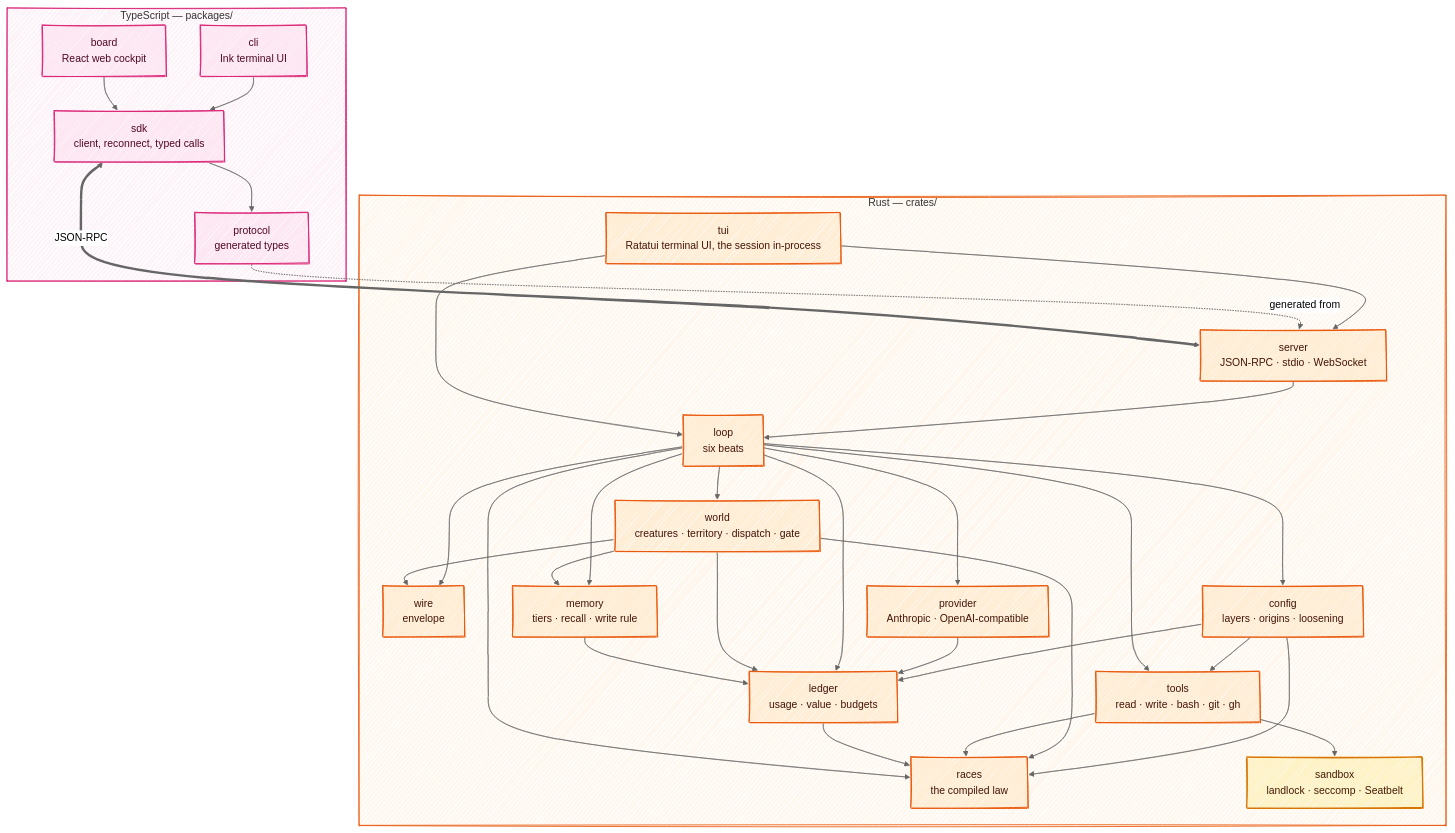
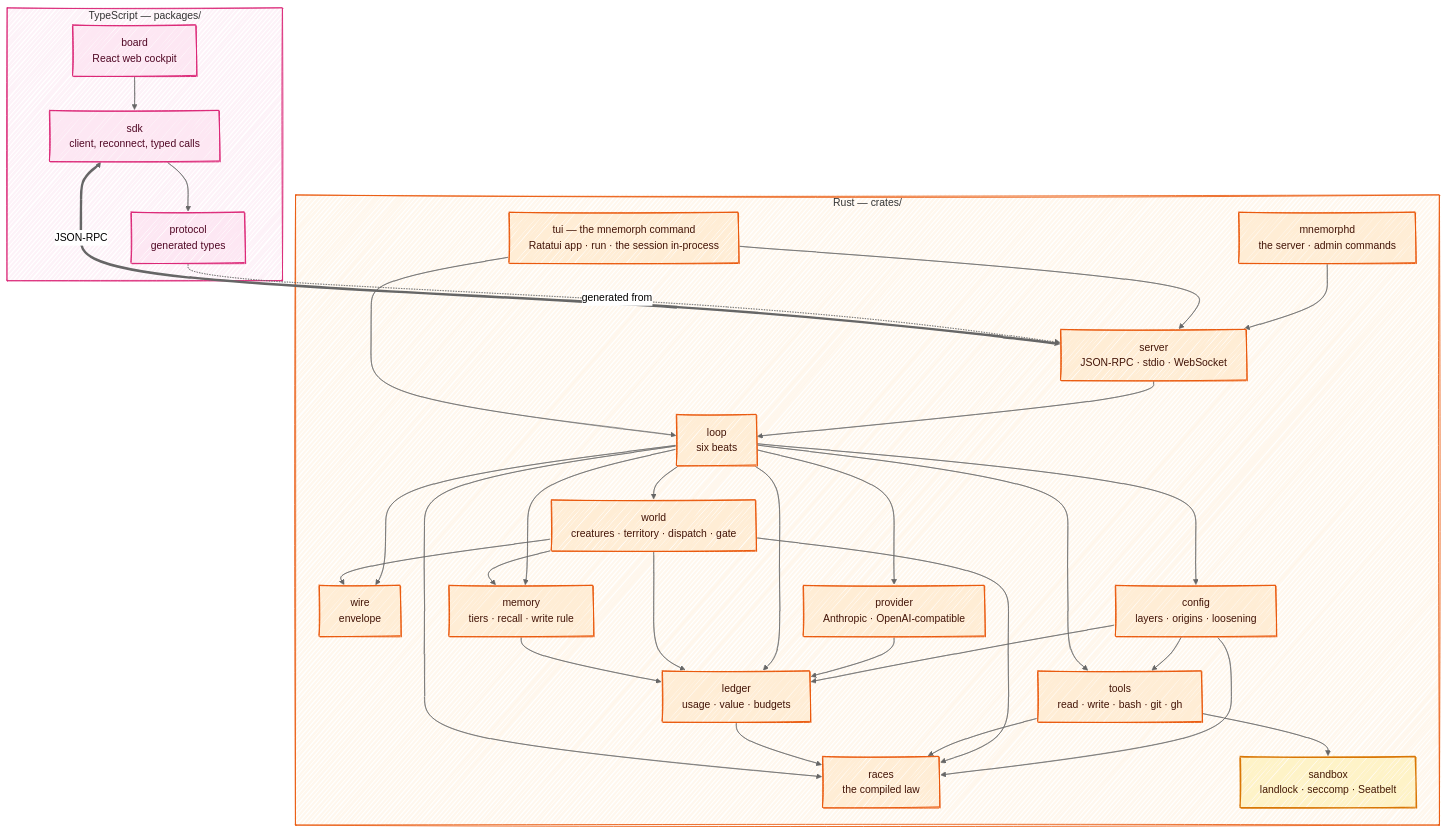
The first of 3 diagrams in docs/05-architecture.md (Kaginari/mnemorph), drawn with Mermaid before and after one commit. The commit also changed other lines of this file and 59 other files, not shown here.

First line of the commit message:
feat: one mnemorph — the Rust binary is the command, with run for scripts; the TypeScript CLI retired

````diff
--- a/docs/05-architecture.md
+++ b/docs/05-architecture.md
@@ -5,61 +5,61 @@
 ```mermaid
 ---
 config:
   look: handDrawn
   theme: neutral
   flowchart:
     wrappingWidth: 360
 ---
 flowchart TB
     subgraph ts["TypeScript — packages/"]
-      CLI["cli<br/>Ink terminal UI"]
       BOARD["board<br/>React web cockpit"]
       SDK["sdk<br/>client, reconnect, typed calls"]
       PROTO["protocol<br/>generated types"]
-      CLI --> SDK
       BOARD --> SDK
       SDK --> PROTO
     end
     subgraph rs["Rust — crates/"]
-      TUI["tui<br/>Ratatui terminal UI, the session in-process"]
+      TUI["tui — the mnemorph command<br/>Ratatui app · run · the session in-process"]
+      D["mnemorphd<br/>the server · admin commands"]
       SERVER["server<br/>JSON-RPC · stdio · WebSocket"]
       LOOP["loop<br/>six beats"]
       WORLD["world<br/>creatures · territory · dispatch · gate"]
       RACES["races<br/>the compiled law"]
       WIRE["wire<br/>envelope"]
       TOOLS["tools<br/>read · write · bash · git · gh"]
       SANDBOX["sandbox<br/>landlock · seccomp · Seatbelt"]
       PROV["provider<br/>Anthropic · OpenAI-compatible"]
       LEDGER["ledger<br/>usage · value · budgets"]
       MEM["memory<br/>tiers · recall · write rule"]
       CONFIG["config<br/>layers · origins · loosening"]
       SERVER --> LOOP
+      D --> SERVER
       TUI --> SERVER
       TUI --> LOOP
       LOOP --> CONFIG --> TOOLS
       CONFIG --> RACES
       CONFIG --> LEDGER
       LOOP --> WORLD --> RACES
       LOOP --> PROV --> LEDGER
       LOOP --> TOOLS --> SANDBOX
       TOOLS --> RACES
       LOOP --> LEDGER --> RACES
       LOOP --> MEM
       LOOP --> RACES
       LOOP --> WIRE
       WORLD --> WIRE
       WORLD --> LEDGER
       WORLD --> MEM
       MEM --> LEDGER
     end
     PROTO -. generated from .-> SERVER
     SDK <==>|JSON-RPC| SERVER
     classDef ts fill:#fde7f3,stroke:#db2777,stroke-width:1.5px,color:#500724
-    class CLI,BOARD,SDK,PROTO ts
+    class BOARD,SDK,PROTO ts
     classDef rs fill:#ffedd5,stroke:#ea580c,stroke-width:1.5px,color:#431407
-    class TUI,SERVER,LOOP,WORLD,RACES,WIRE,TOOLS,PROV,LEDGER,MEM,CONFIG rs
+    class TUI,D,SERVER,LOOP,WORLD,RACES,WIRE,TOOLS,PROV,LEDGER,MEM,CONFIG rs
     classDef gate fill:#fef3c7,stroke:#d97706,stroke-width:2px,color:#451a03
     class SANDBOX gate
     style ts fill:#fdf2f8,stroke:#db2777
     style rs fill:#fff7ed,stroke:#ea580c
 ```
````
